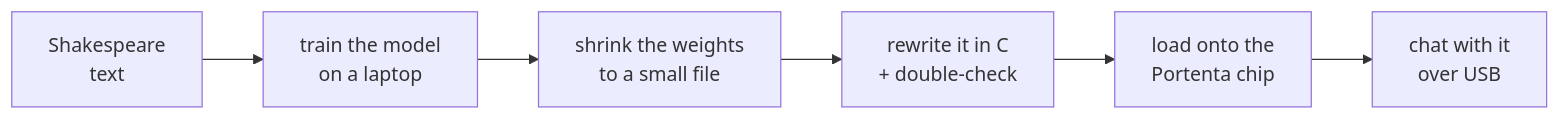
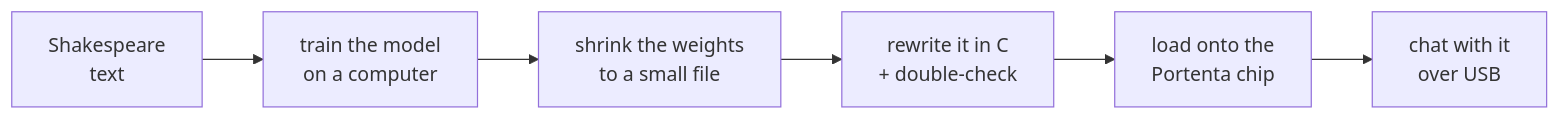
One commit to charannanduri/portenta-slm changed the diagram in README.md. Above: the diagram before and after it, drawn with Mermaid. The commit also changed other lines of this file, not shown here.

````diff
--- a/README.md
+++ b/README.md
@@ -38,8 +38,8 @@
 ```mermaid
 flowchart LR
-    A[Shakespeare<br/>text] --> B[train the model<br/>on a laptop]
+    A[Shakespeare<br/>text] --> B[train the model<br/>on a computer]
     B --> C[shrink the weights<br/>to a small file]
     C --> D[rewrite it in C<br/>+ double-check]
     D --> E[load onto the<br/>Portenta chip]
     E --> F[chat with it<br/>over USB]
 ```
````
